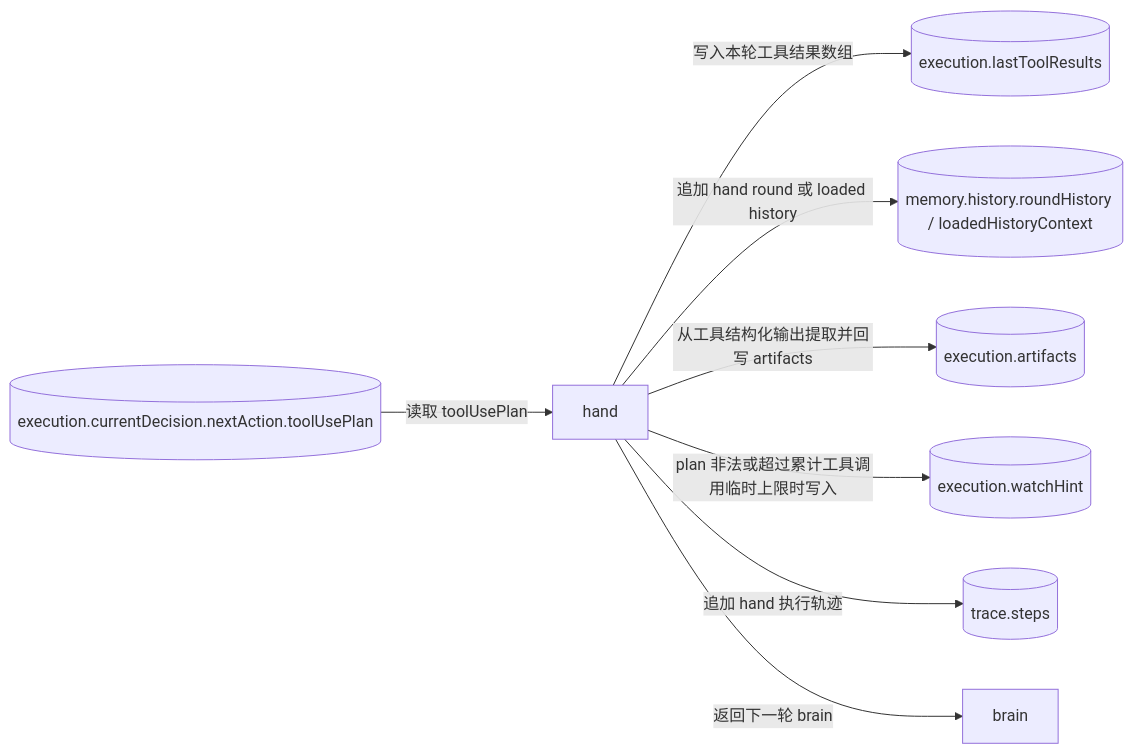
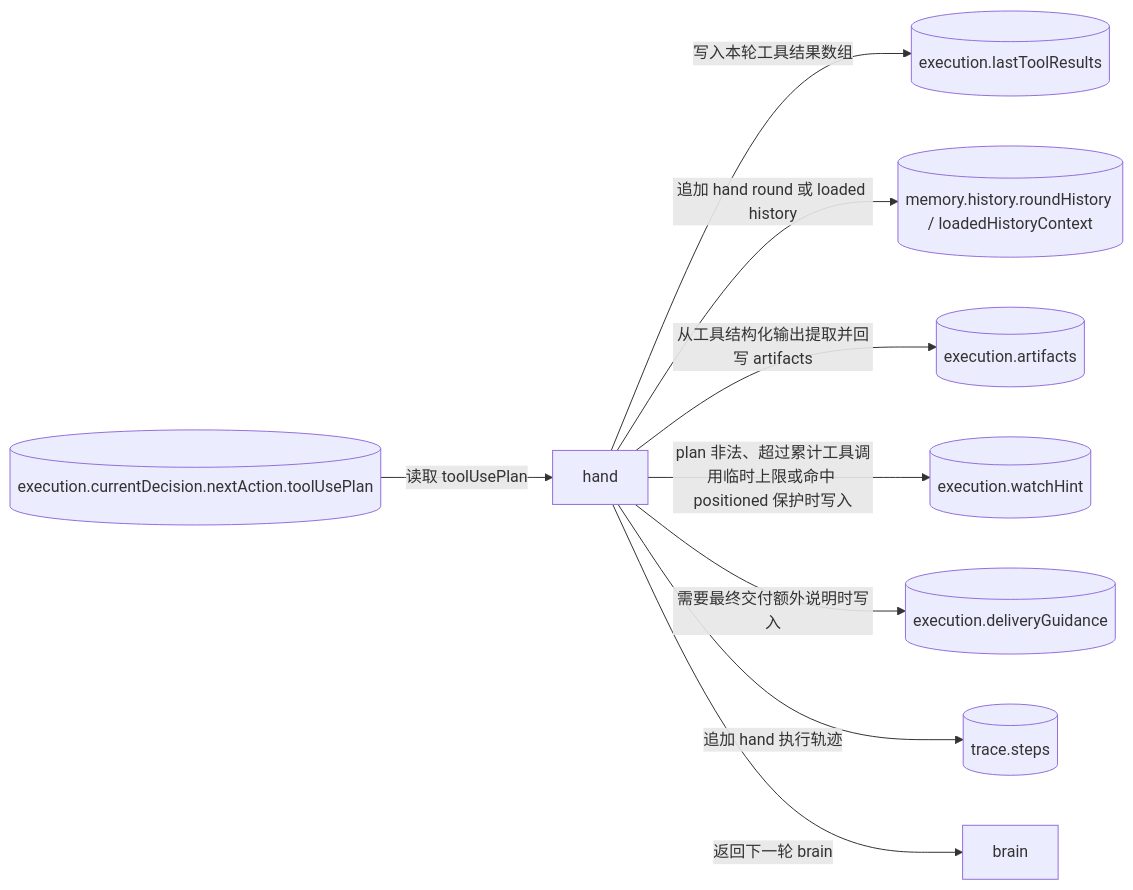
Before and after one commit to Yoan98/Ncurator: the fourth of 5 diagrams in doc/ai-design/data-definition-and-flow.md, drawn with Mermaid. The commit also changed other lines of this file and 16 other files, not shown here.

````diff
--- a/doc/ai-design/data-definition-and-flow.md
+++ b/doc/ai-design/data-definition-and-flow.md
@@ -1079,19 +1081,21 @@
 ```mermaid
 flowchart LR
     CD[("execution.currentDecision.nextAction.toolUsePlan")]
     H["hand"]
     LTR[("execution.lastToolResults")]
     PM[("memory.history.roundHistory / loadedHistoryContext")]
     A[("execution.artifacts")]
     WH[("execution.watchHint")]
+    DG[("execution.deliveryGuidance")]
     TR[("trace.steps")]
     B["brain"]
 
     CD -->|读取 toolUsePlan| H
     H -->|写入本轮工具结果数组| LTR
     H -->|追加 hand round 或 loaded history| PM
     H -->|从工具结构化输出提取并回写 artifacts| A
-    H -->|plan 非法或超过累计工具调用临时上限时写入| WH
+    H -->|plan 非法、超过累计工具调用临时上限或命中 positioned 保护时写入| WH
+    H -->|需要最终交付额外说明时写入| DG
     H -->|追加 hand 执行轨迹| TR
     H -->|返回下一轮 brain| B
 ```
````
